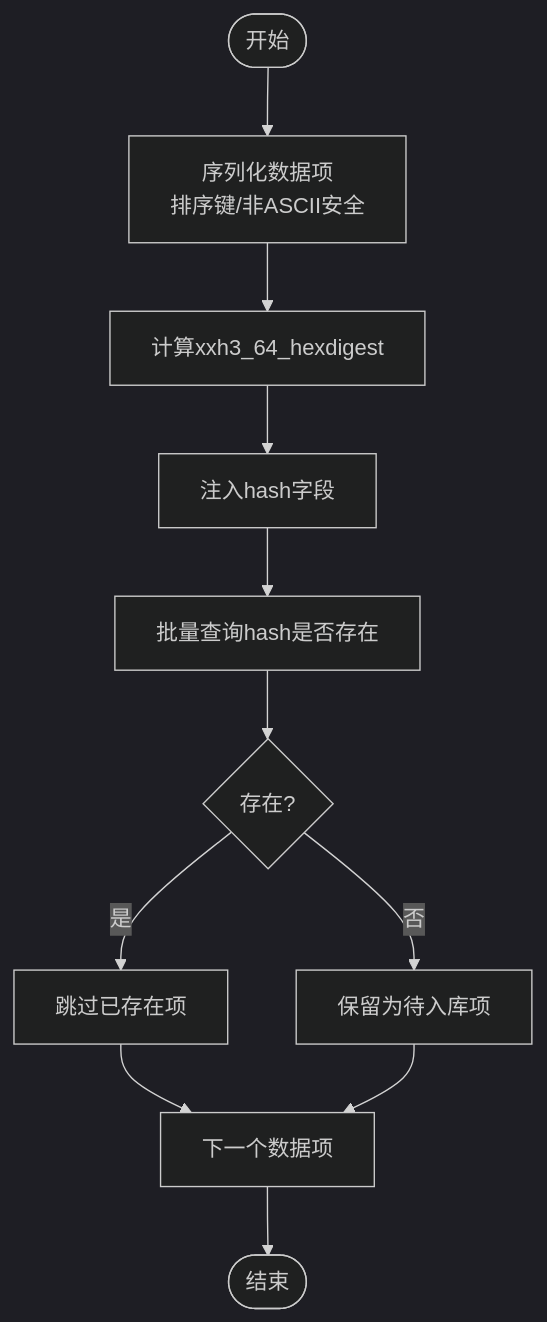
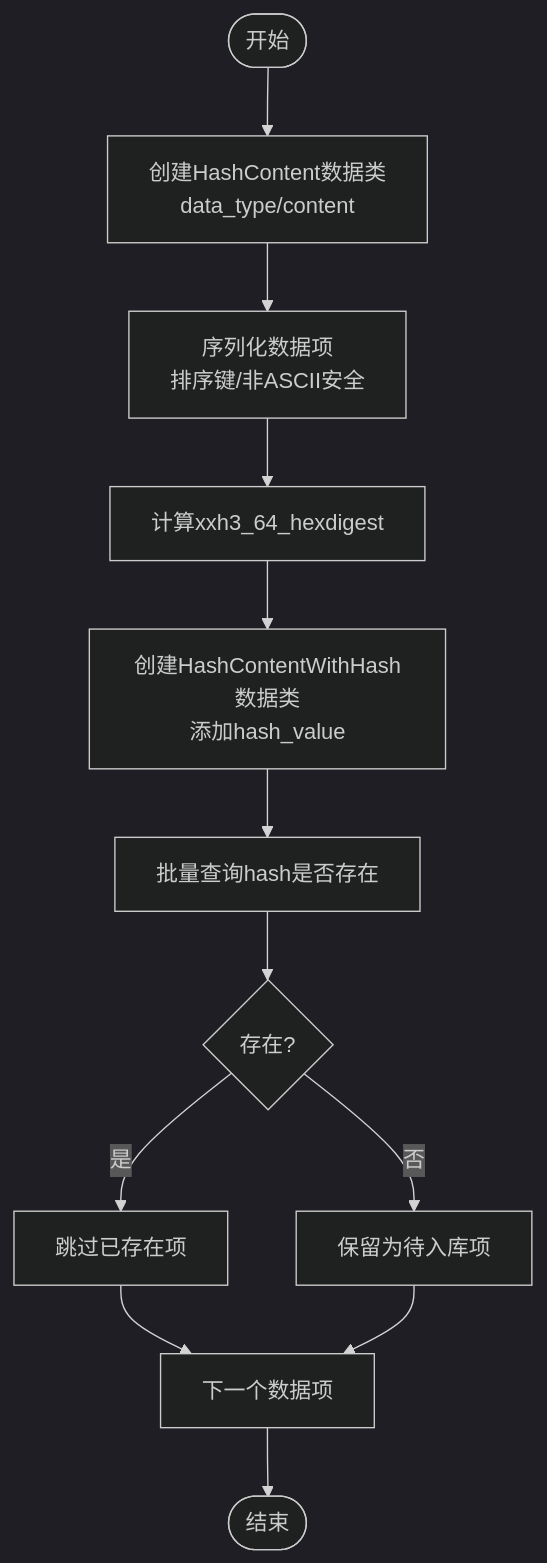
Before and after one commit to iverwong/DataLife: the third of 8 diagrams in .qoder/repowiki/zh/content/核心模块详解/数据库管理模块.md, drawn with Mermaid (dark theme). The commit also changed other lines of this file and 14 other files, not shown here.

````diff
--- a/.qoder/repowiki/zh/content/核心模块详解/数据库管理模块.md
+++ b/.qoder/repowiki/zh/content/核心模块详解/数据库管理模块.md
@@ -166,13 +182,14 @@
 ```mermaid
 flowchart TD
-Start(["开始"]) --> Serialize["序列化数据项<br/>排序键/非ASCII安全"]
+Start(["开始"]) --> CreateDataClass["创建HashContent数据类<br/>data_type/content"]
+CreateDataClass --> Serialize["序列化数据项<br/>排序键/非ASCII安全"]
 Serialize --> Hash["计算xxh3_64_hexdigest"]
-Hash --> Inject["注入hash字段"]
-Inject --> Query["批量查询hash是否存在"]
+Hash --> CreateHashClass["创建HashContentWithHash数据类<br/>添加hash_value"]
+CreateHashClass --> Query["批量查询hash是否存在"]
 Query --> Exists{"存在?"}
 Exists --> |是| Skip["跳过已存在项"]
 Exists --> |否| Keep["保留为待入库项"]
 Skip --> Next["下一个数据项"]
 Keep --> Next
 Next --> Done(["结束"])
 ```
````
